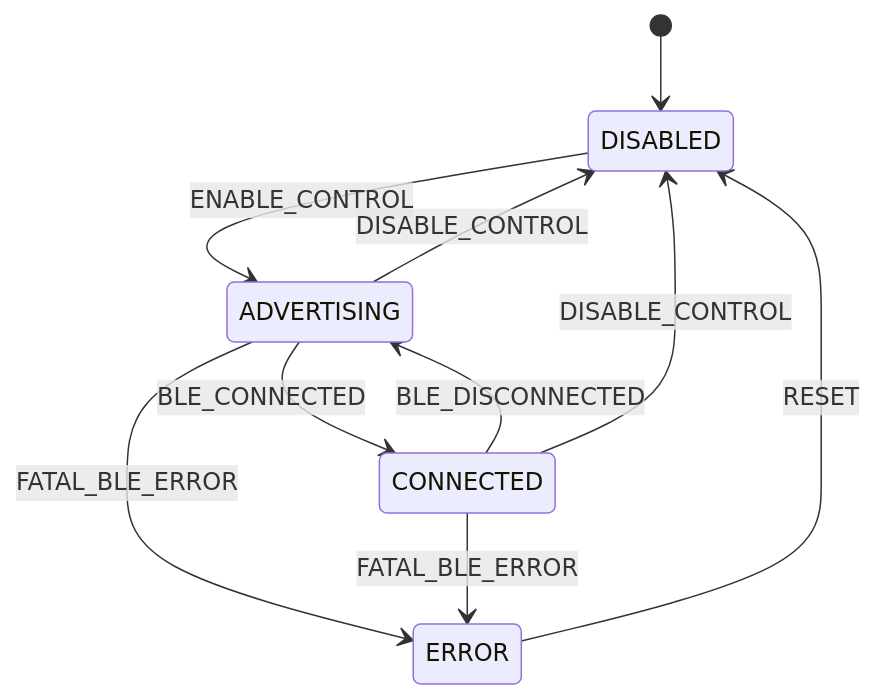
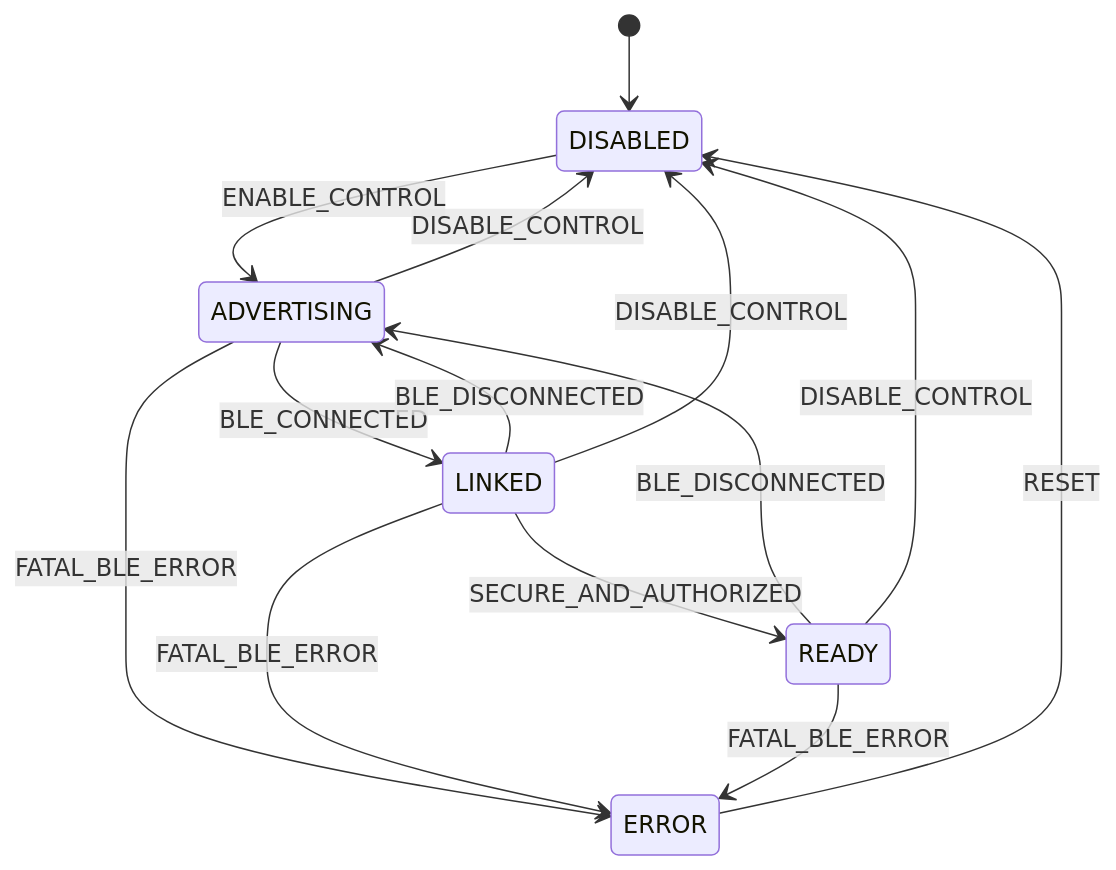
One commit to Matheus-Cavalcanti/tiresias-soak-test changed the third of 6 diagrams in docs/architecture/control-plane.md. Above: the diagram before and after it, drawn with Mermaid. The commit also changed other lines of this file and 6 other files, not shown here.

````diff
--- a/docs/architecture/control-plane.md
+++ b/docs/architecture/control-plane.md
@@ -202,14 +207,18 @@
 ```mermaid
 stateDiagram-v2
     [*] --> DISABLED
     DISABLED --> ADVERTISING: ENABLE_CONTROL
-    ADVERTISING --> CONNECTED: BLE_CONNECTED
-    CONNECTED --> ADVERTISING: BLE_DISCONNECTED
+    ADVERTISING --> LINKED: BLE_CONNECTED
+    LINKED --> READY: SECURE_AND_AUTHORIZED
+    LINKED --> ADVERTISING: BLE_DISCONNECTED
+    READY --> ADVERTISING: BLE_DISCONNECTED
 
     ADVERTISING --> DISABLED: DISABLE_CONTROL
-    CONNECTED --> DISABLED: DISABLE_CONTROL
+    LINKED --> DISABLED: DISABLE_CONTROL
+    READY --> DISABLED: DISABLE_CONTROL
 
     ADVERTISING --> ERROR: FATAL_BLE_ERROR
-    CONNECTED --> ERROR: FATAL_BLE_ERROR
+    LINKED --> ERROR: FATAL_BLE_ERROR
+    READY --> ERROR: FATAL_BLE_ERROR
     ERROR --> DISABLED: RESET
 ```
````
